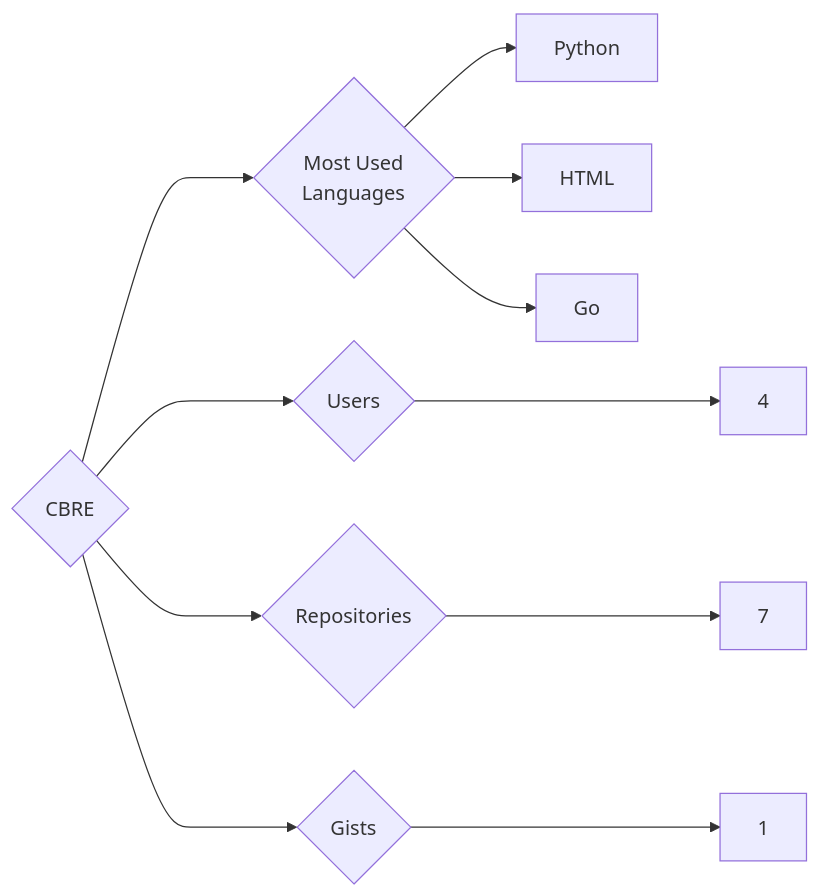
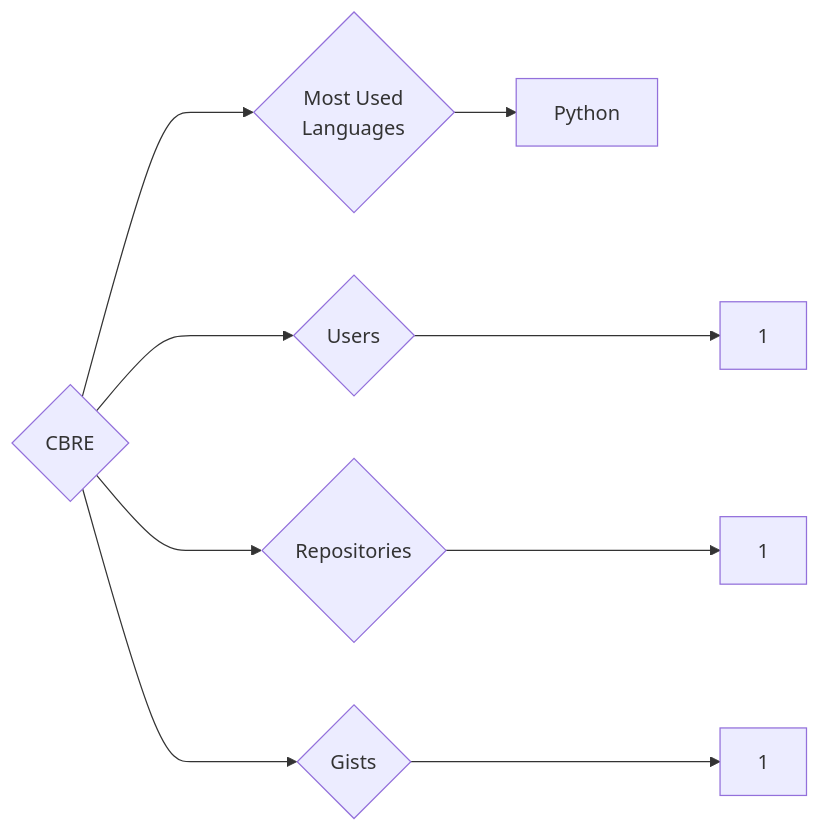
The diagram in targets/CBRE/README.md (trickest/insiders), drawn with Mermaid before and after one commit. The commit also changed 840 other files, not shown here.

````diff
--- a/targets/CBRE/README.md
+++ b/targets/CBRE/README.md
@@ -3,11 +3,9 @@
 ```mermaid
 graph LR
 COMPANY_NAME{CBRE}
-COMPANY_NAME ---> U{Users} ---> UN[4]
-COMPANY_NAME ---> R{Repositories} ---> RN[7]
+COMPANY_NAME ---> U{Users} ---> UN[1]
+COMPANY_NAME ---> R{Repositories} ---> RN[1]
 COMPANY_NAME ---> G{Gists} ---> GN[1]
 COMPANY_NAME ---> ML{Most Used<br>Languages}
 ML --> Python[Python]
-ML --> HTML[HTML]
-ML --> Go[Go]
 ```
````
